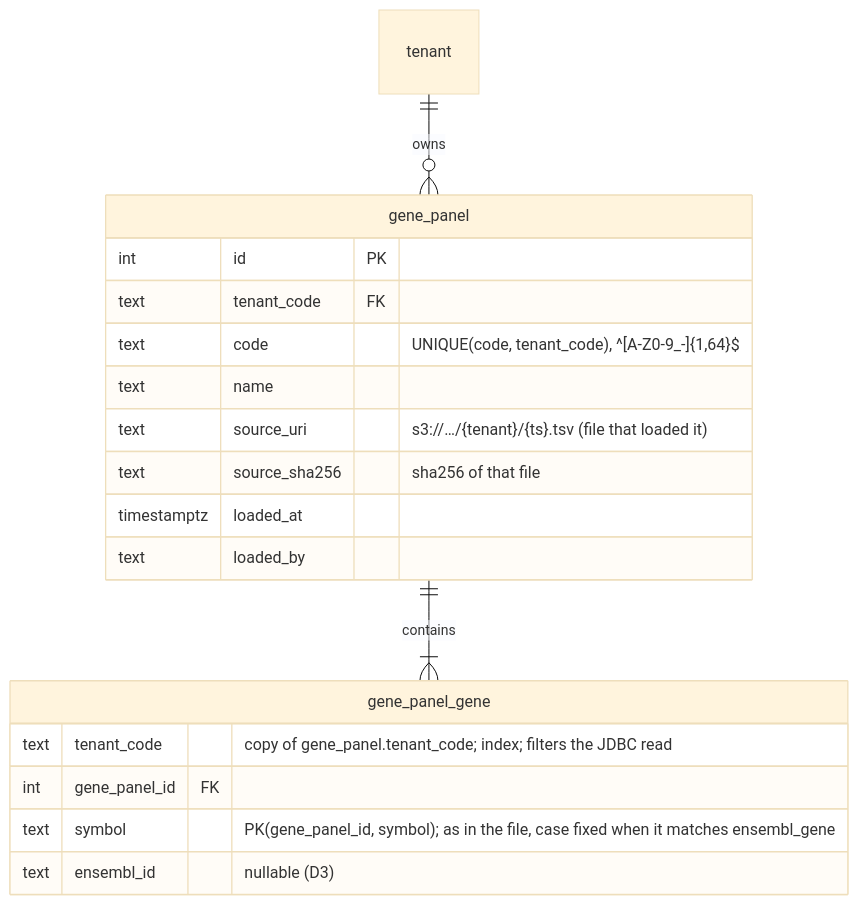
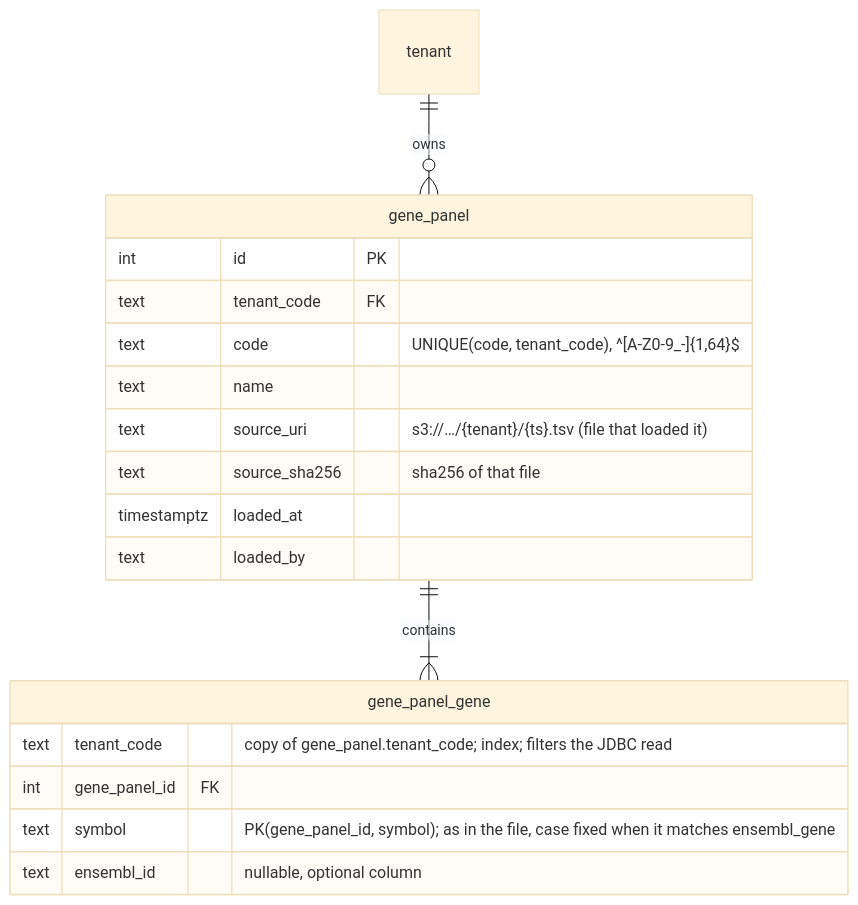
Before and after one commit to radiant-network/radiant-hub: the fourth of 8 diagrams in docs/features/RAD-10-filtered-variants-by-gene-panels.md, drawn with Mermaid (base theme). The commit also changed other lines of this file, not shown here.

````diff
--- a/docs/features/RAD-10-filtered-variants-by-gene-panels.md
+++ b/docs/features/RAD-10-filtered-variants-by-gene-panels.md
@@ -165,21 +166,21 @@
 ```mermaid
 erDiagram
   tenant ||--o{ gene_panel : owns
   gene_panel ||--|{ gene_panel_gene : contains
   gene_panel {
     int id PK
     text tenant_code FK
     text code "UNIQUE(code, tenant_code), ^[A-Z0-9_-]{1,64}$"
     text name
     text source_uri "s3://…/{tenant}/{ts}.tsv (file that loaded it)"
     text source_sha256 "sha256 of that file"
     timestamptz loaded_at
     text loaded_by
   }
   gene_panel_gene {
     text tenant_code "copy of gene_panel.tenant_code; index; filters the JDBC read"
     int gene_panel_id FK
     text symbol "PK(gene_panel_id, symbol); as in the file, case fixed when it matches ensembl_gene"
-    text ensembl_id "nullable (D3)"
+    text ensembl_id "nullable, optional column"
   }
 ```
````
